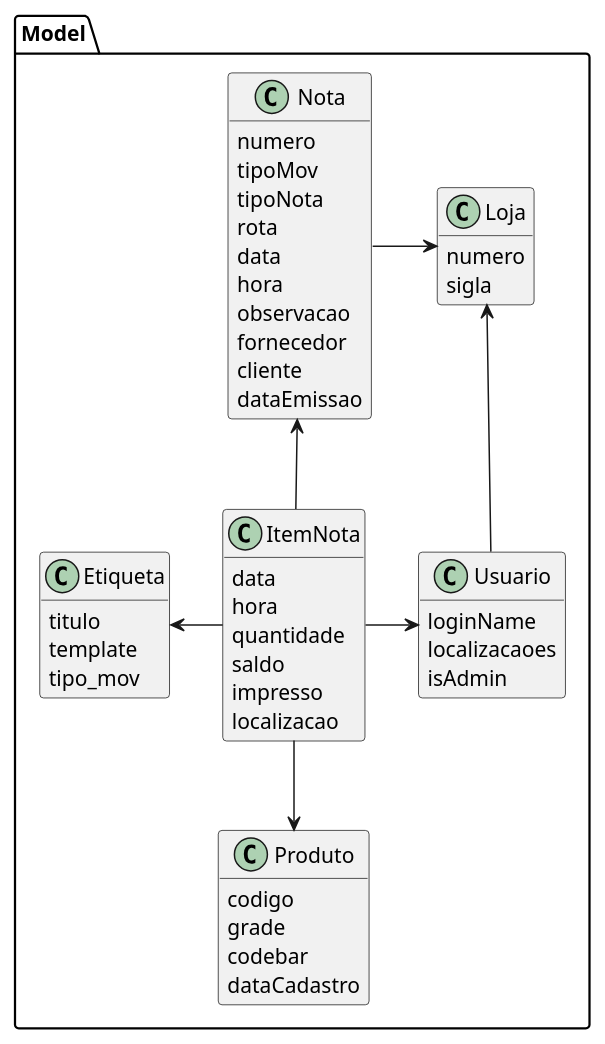
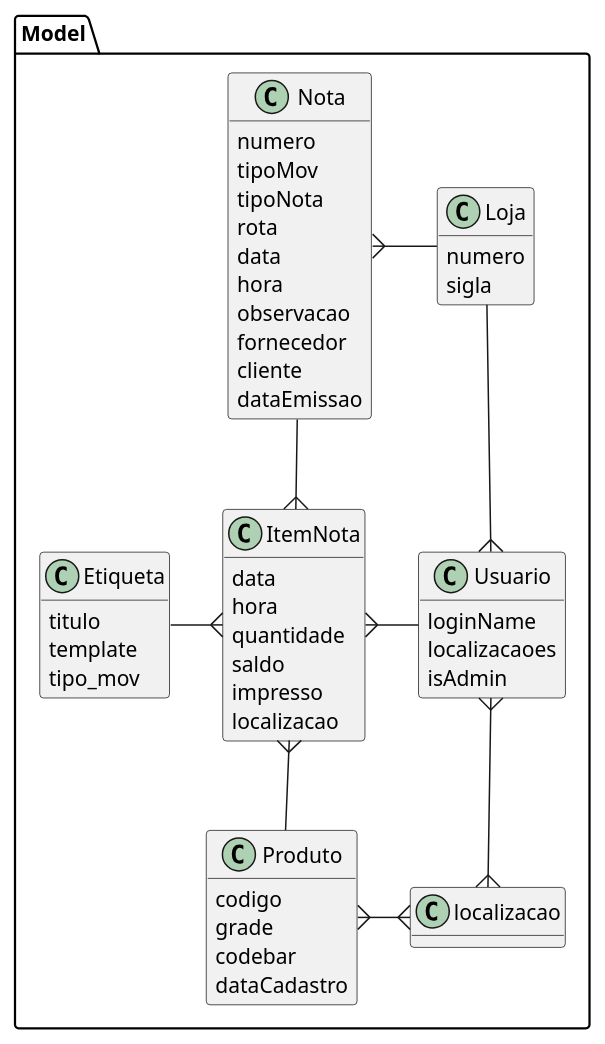
Before and after one commit to ivaneyvieira/engEstoque-Archive: the diagram in diagramas/localizacoes.puml, drawn with PlantUML. The commit also changed 4 other files, not shown here.

```diff
--- a/diagramas/localizacoes.puml
+++ b/diagramas/localizacoes.puml
@@ -1,59 +1,61 @@
 @startuml modelo
 hide methods
 
 package Model {
 
 class Produto{
 	codigo
 	grade
 	codebar
 	dataCadastro
 }
 
 class ItemNota{
 	data
 	hora
 	quantidade
 	saldo
 	impresso
 	localizacao
 }
 
 class Nota {
 	numero
 	tipoMov
 	tipoNota
 	rota
 	data
 	hora
 	observacao
 	fornecedor
 	cliente
 	dataEmissao
 }
 
 class Loja {
 	numero
 	sigla
 }
 
 class Usuario {
 	loginName
 	localizacaoes
 	isAdmin
 }
 
 class Etiqueta {
 	titulo
 	template
 	tipo_mov
 }
 
-ItemNota		-r->		Usuario
-ItemNota		-d->		Produto
-ItemNota		-u->		Nota
-ItemNota		-l->		Etiqueta
-Nota			-r->		Loja
-Usuario			-u->		Loja
+ItemNota		}-r-		Usuario
+ItemNota		}-d-		Produto
+ItemNota		}-u-		Nota
+ItemNota		}-l-		Etiqueta
+Nota			}-r-		Loja
+Usuario			}-u-		Loja
+Usuario			}-d-{		localizacao
+localizacao		}-l-{		Produto
 }
 @enduml
```
